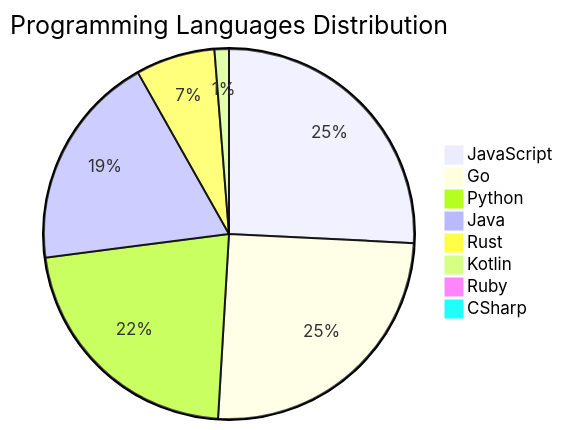
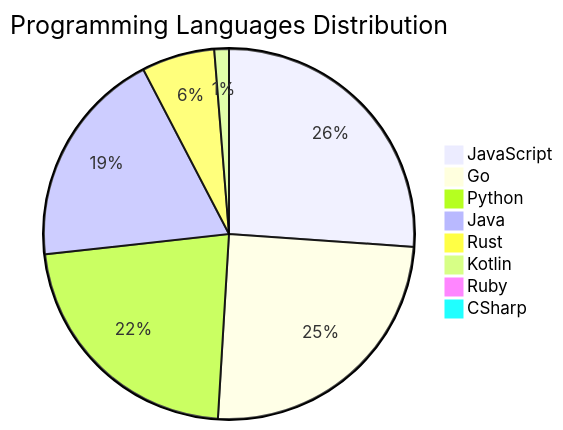
Before and after one commit to Derrick-MUGISHA/github-activity-bot: the diagram in README.md, drawn with Mermaid. The commit also changed other lines of this file and 4 other files, not shown here.

````diff
--- a/README.md
+++ b/README.md
@@ -209,11 +209,11 @@
 ```mermaid
 pie title Programming Languages Distribution
     "JavaScript" : 41
-    "Go" : 40
+    "Go" : 39
     "Python" : 35
     "Java" : 30
-    "Rust" : 11
+    "Rust" : 10
     "Kotlin" : 2
     "Ruby" : 1
     "CSharp" : 1
 ```
````
